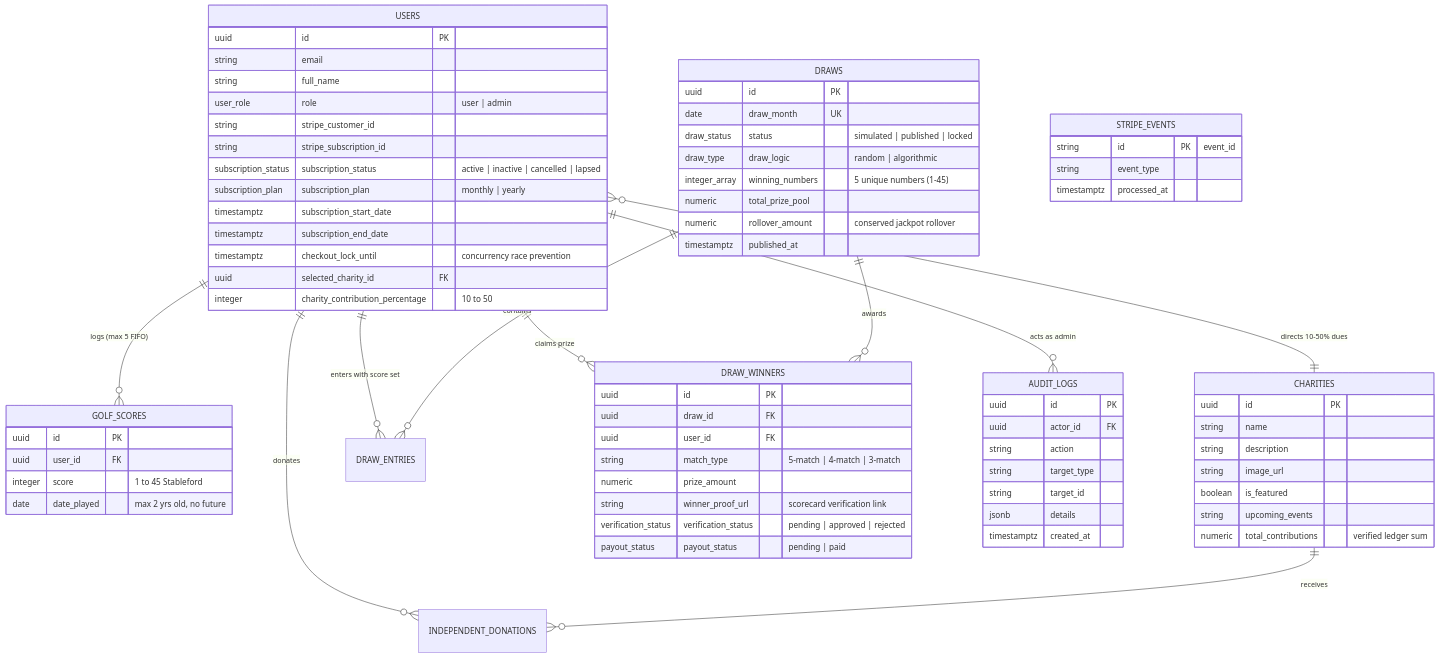
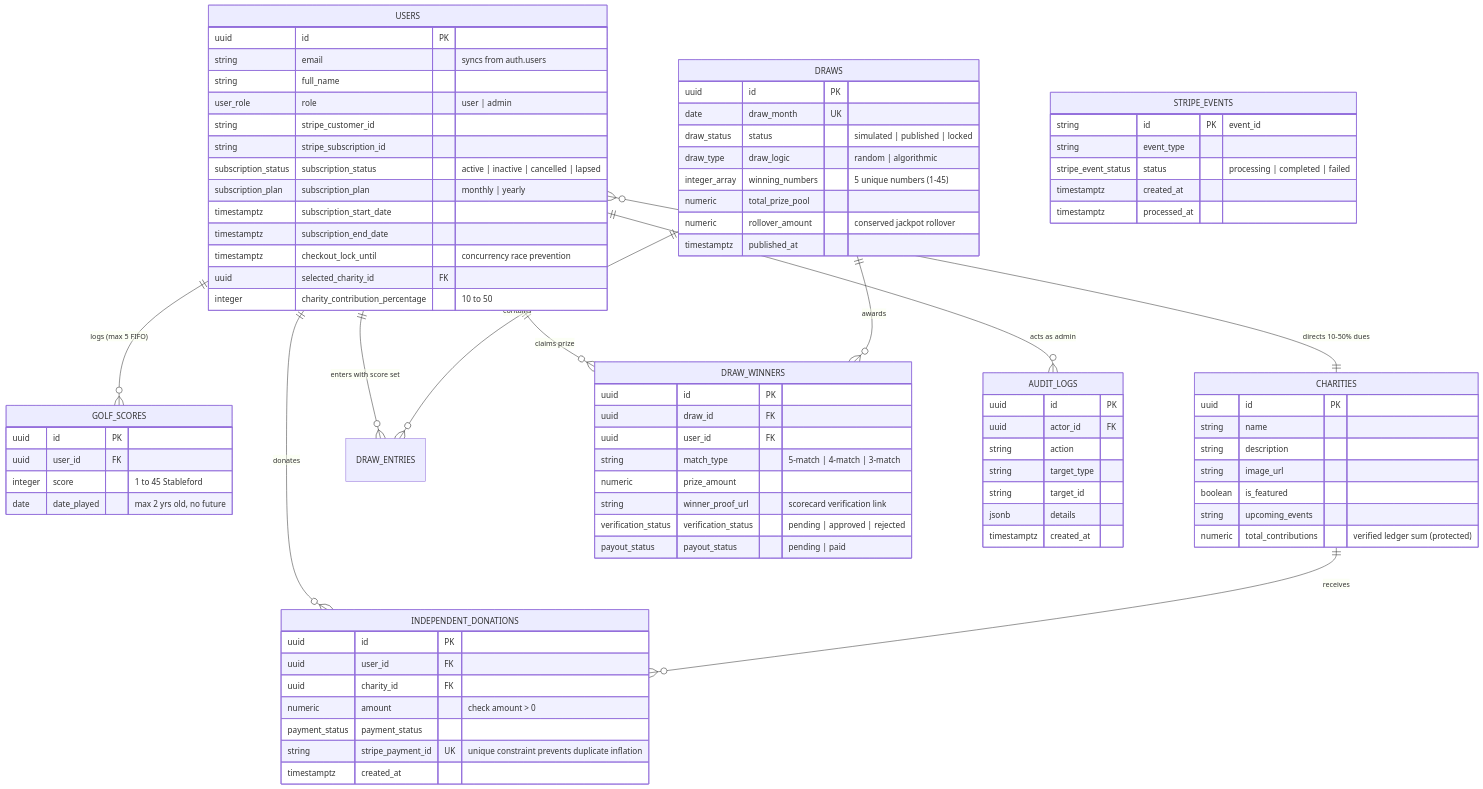
One commit to Sekhar01807/Golf-Platform changed the second of 2 diagrams in README.md. Above: the diagram before and after it, drawn with Mermaid. The commit also changed other lines of this file and 7 other files, not shown here.

```diff
--- a/README.md
+++ b/README.md
@@ -103,7 +103,7 @@
 
     USERS {
         uuid id PK
-        string email
+        string email "syncs from auth.users"
         string full_name
         user_role role "user | admin"
         string stripe_customer_id
@@ -124,7 +124,7 @@
         string image_url
         boolean is_featured
         string upcoming_events
-        numeric total_contributions "verified ledger sum"
+        numeric total_contributions "verified ledger sum (protected)"
     }
 
     GOLF_SCORES {
@@ -156,9 +156,21 @@
         payout_status payout_status "pending | paid"
     }
 
+    INDEPENDENT_DONATIONS {
+        uuid id PK
+        uuid user_id FK
+        uuid charity_id FK
+        numeric amount "check amount > 0"
+        payment_status payment_status
+        string stripe_payment_id UK "unique constraint prevents duplicate inflation"
+        timestamptz created_at
+    }
+
     STRIPE_EVENTS {
         string id PK "event_id"
         string event_type
+        stripe_event_status status "processing | completed | failed"
+        timestamptz created_at
         timestamptz processed_at
     }
 
```
